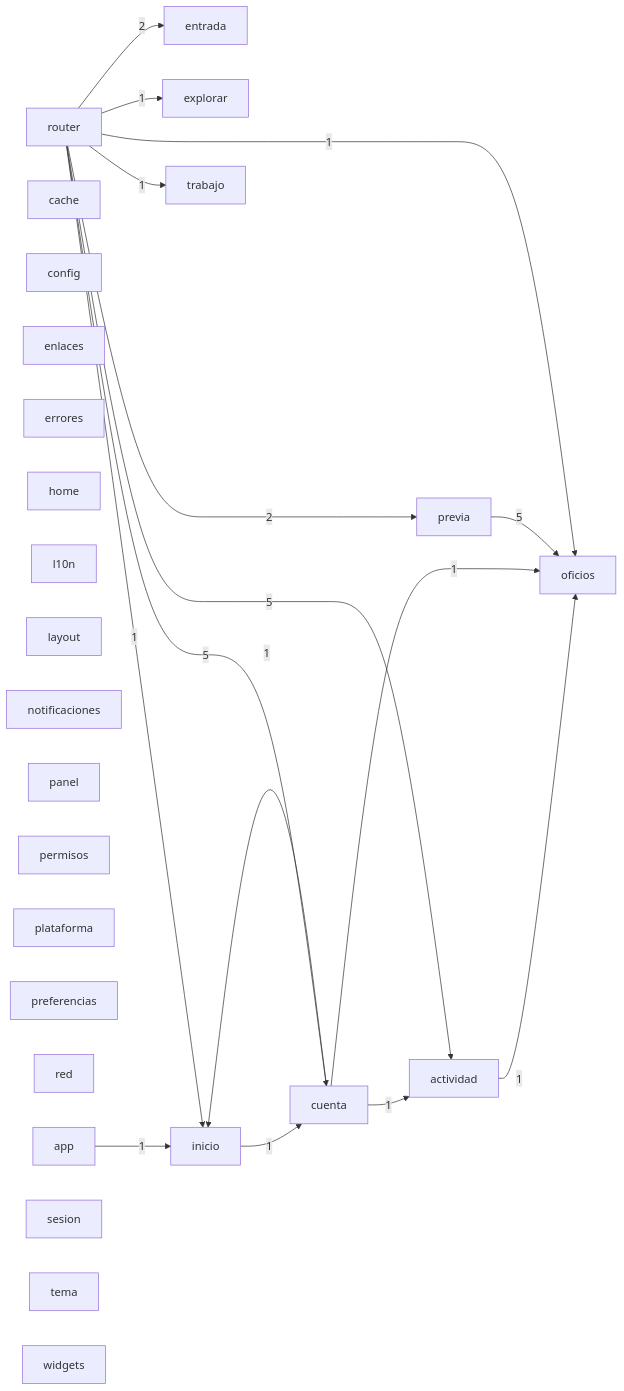
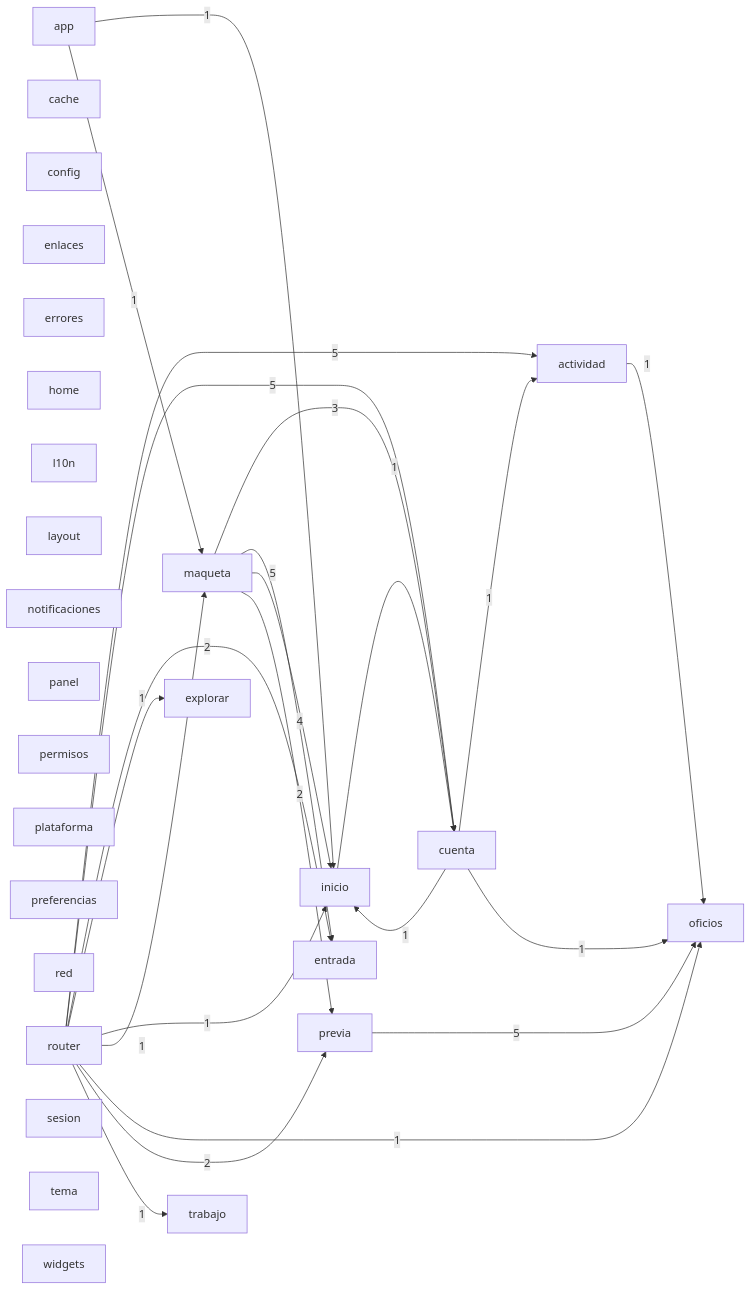
The diagram in docs/architecture/modules.mmd (Tensei-Devs/knock-frontend), drawn with Mermaid before and after one commit. The commit also changed 13 other files, not shown here.

Commit message:
refactor(app): use the entrada and inicio public surfaces and share one chip in the maqueta (KNOCK-274)

```diff
--- a/docs/architecture/modules.mmd
+++ b/docs/architecture/modules.mmd
@@ -1,42 +1,49 @@
 graph LR
   actividad["actividad"]
   app["app"]
   cache["cache"]
   config["config"]
   cuenta["cuenta"]
   enlaces["enlaces"]
   entrada["entrada"]
   errores["errores"]
   explorar["explorar"]
   home["home"]
   inicio["inicio"]
   l10n["l10n"]
   layout["layout"]
+  maqueta["maqueta"]
   notificaciones["notificaciones"]
   oficios["oficios"]
   panel["panel"]
   permisos["permisos"]
   plataforma["plataforma"]
   preferencias["preferencias"]
   previa["previa"]
   red["red"]
   router["router"]
   sesion["sesion"]
   tema["tema"]
   trabajo["trabajo"]
   widgets["widgets"]
   actividad -->|1| oficios
   app -->|1| inicio
+  app -->|1| maqueta
   cuenta -->|1| actividad
   cuenta -->|1| inicio
   cuenta -->|1| oficios
   inicio -->|1| cuenta
+  maqueta -->|3| cuenta
+  maqueta -->|4| entrada
+  maqueta -->|5| inicio
+  maqueta -->|2| previa
   previa -->|5| oficios
   router -->|5| actividad
   router -->|5| cuenta
   router -->|2| entrada
   router -->|1| explorar
   router -->|1| inicio
+  router -->|1| maqueta
   router -->|1| oficios
   router -->|2| previa
   router -->|1| trabajo
```
